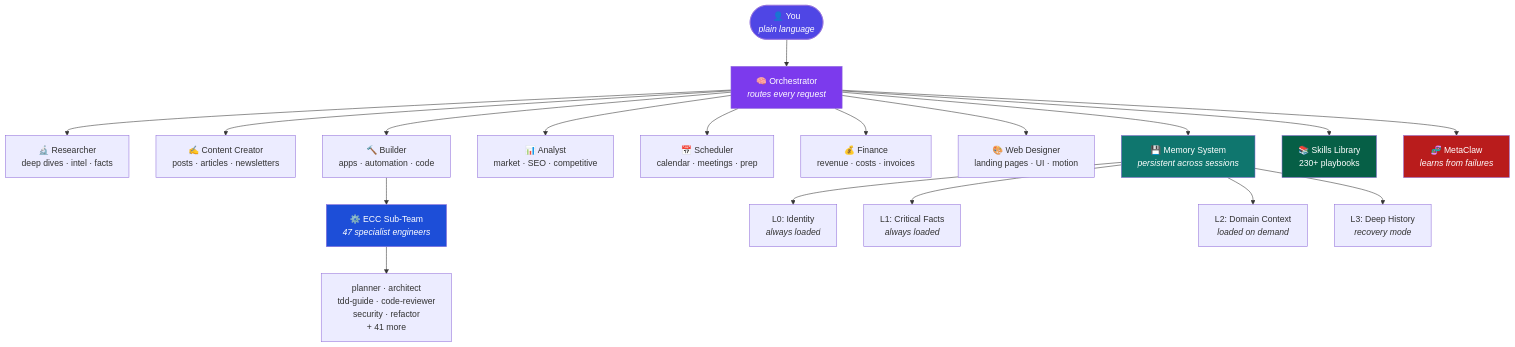
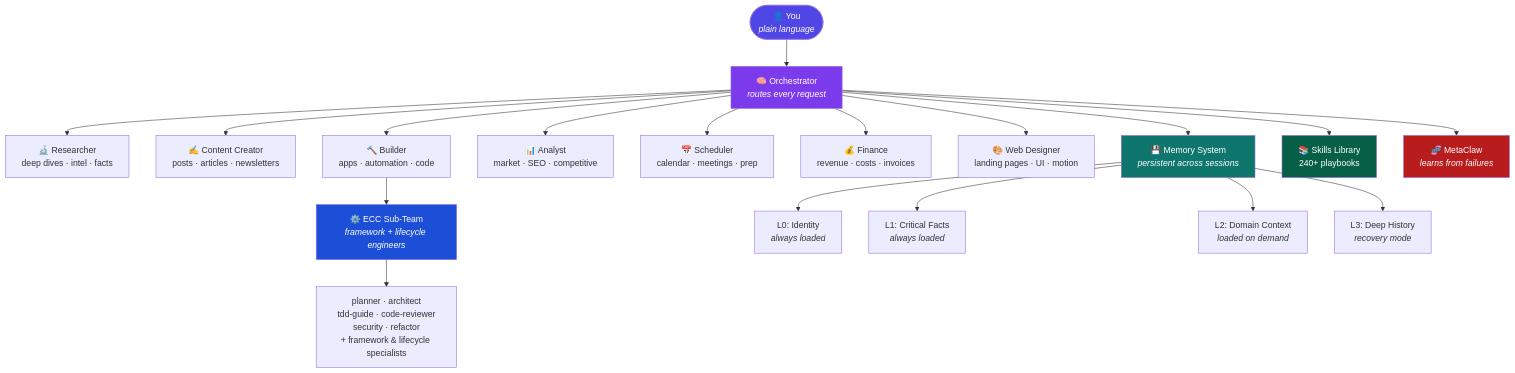
One commit to ChrisJDiMarco/jarvis-universal changed the diagram in README.md. Above: the diagram before and after it, drawn with Mermaid. The commit also changed other lines of this file and 88 other files, not shown here.

````diff
--- a/README.md
+++ b/README.md
@@ -83,34 +83,34 @@
 ```mermaid
 graph TD
     You(["👤 You<br/><i>plain language</i>"])
 
     You --> ORCH["🧠 Orchestrator<br/><i>routes every request</i>"]
 
     ORCH --> R["🔬 Researcher<br/>deep dives · intel · facts"]
     ORCH --> C["✍️ Content Creator<br/>posts · articles · newsletters"]
     ORCH --> B["🔨 Builder<br/>apps · automation · code"]
     ORCH --> A["📊 Analyst<br/>market · SEO · competitive"]
     ORCH --> S["📅 Scheduler<br/>calendar · meetings · prep"]
     ORCH --> F["💰 Finance<br/>revenue · costs · invoices"]
     ORCH --> W["🎨 Web Designer<br/>landing pages · UI · motion"]
 
-    B --> ECC["⚙️ ECC Sub-Team<br/><i>47 specialist engineers</i>"]
+    B --> ECC["⚙️ ECC Sub-Team<br/><i>framework + lifecycle engineers</i>"]
 
-    ECC --> P["planner · architect<br/>tdd-guide · code-reviewer<br/>security · refactor<br/>+ 41 more"]
+    ECC --> P["planner · architect<br/>tdd-guide · code-reviewer<br/>security · refactor<br/>+ framework & lifecycle specialists"]
 
     ORCH --> MEM["💾 Memory System<br/><i>persistent across sessions</i>"]
     MEM --> L0["L0: Identity<br/><i>always loaded</i>"]
     MEM --> L1["L1: Critical Facts<br/><i>always loaded</i>"]
     MEM --> L2["L2: Domain Context<br/><i>loaded on demand</i>"]
     MEM --> L3["L3: Deep History<br/><i>recovery mode</i>"]
 
-    ORCH --> SK["📚 Skills Library<br/>230+ playbooks"]
+    ORCH --> SK["📚 Skills Library<br/>240+ playbooks"]
     ORCH --> MC["🧬 MetaClaw<br/><i>learns from failures</i>"]
 
     style You fill:#4f46e5,color:#fff
     style ORCH fill:#7c3aed,color:#fff
     style MEM fill:#0f766e,color:#fff
     style MC fill:#b91c1c,color:#fff
     style ECC fill:#1d4ed8,color:#fff
     style SK fill:#065f46,color:#fff
 ```
````
